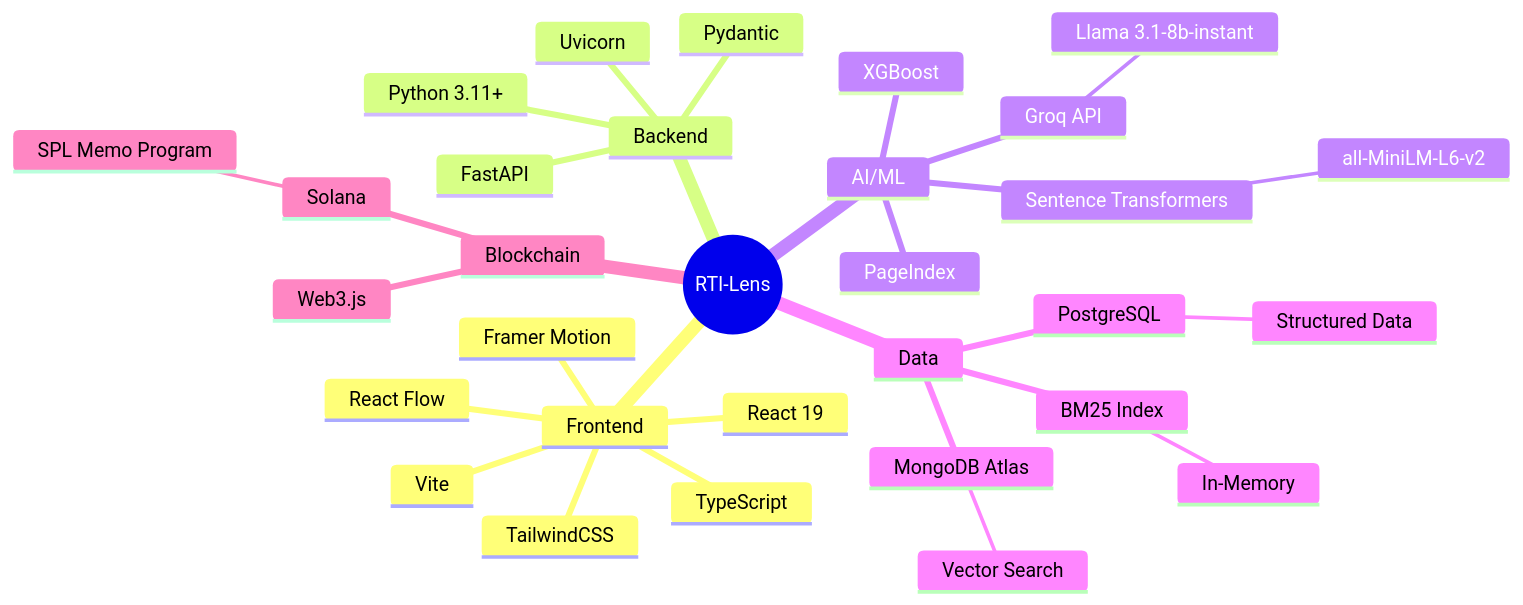
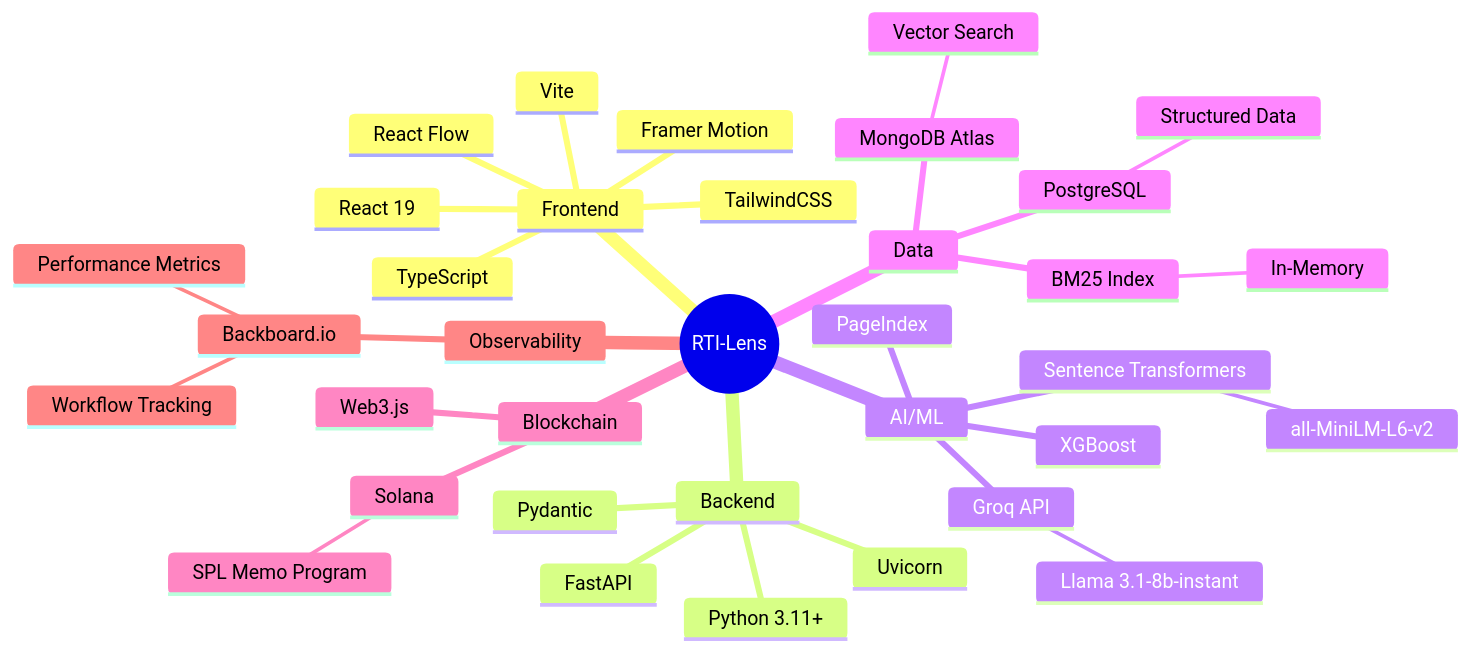
Before and after one commit to MohitSahoo/RTI_Lens: the fifth of 7 diagrams in docs/ARCHITECTURE.md, drawn with Mermaid. The commit also changed other lines of this file and 2 other files, not shown here.

````diff
--- a/docs/ARCHITECTURE.md
+++ b/docs/ARCHITECTURE.md
@@ -179,34 +184,38 @@
 ```mermaid
 mindmap
   root((RTI-Lens))
     Frontend
       React 19
       TypeScript
       Vite
       TailwindCSS
       Framer Motion
       React Flow
     Backend
       FastAPI
       Python 3.11+
       Pydantic
       Uvicorn
     AI/ML
       Groq API
         Llama 3.1-8b-instant
       Sentence Transformers
         all-MiniLM-L6-v2
       XGBoost
       PageIndex
     Data
       MongoDB Atlas
         Vector Search
       PostgreSQL
         Structured Data
       BM25 Index
         In-Memory
     Blockchain
       Solana
         SPL Memo Program
       Web3.js
+    Observability
+      Backboard.io
+        Workflow Tracking
+        Performance Metrics
 ```
````
